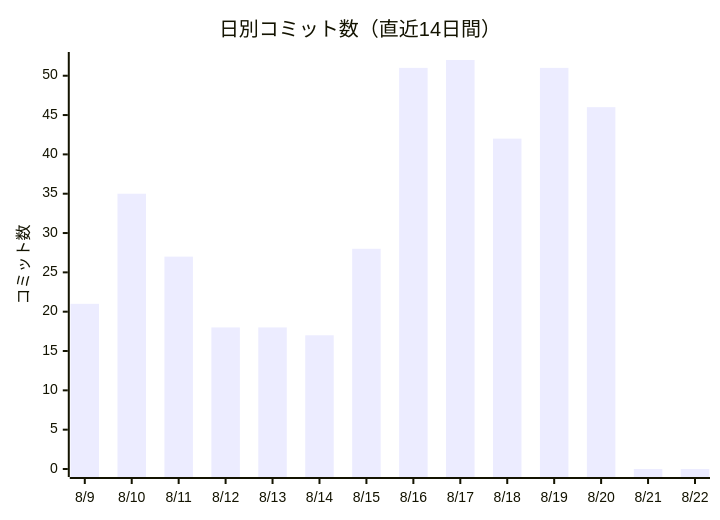
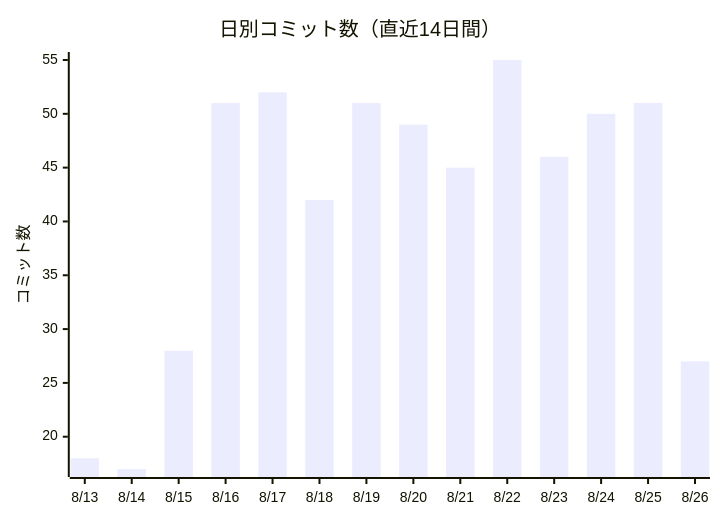
Before and after one commit to non-x2/non-x2: the first of 2 diagrams in docs/進化レポート.md, drawn with Mermaid. The commit also changed other lines of this file and 3 other files, not shown here.

````diff
--- a/docs/進化レポート.md
+++ b/docs/進化レポート.md
@@ -23,7 +23,7 @@
 ```mermaid
 xychart-beta
     title "日別コミット数（直近14日間）"
-    x-axis ["8/9", "8/10", "8/11", "8/12", "8/13", "8/14", "8/15", "8/16", "8/17", "8/18", "8/19", "8/20", "8/21", "8/22"]
+    x-axis ["8/13", "8/14", "8/15", "8/16", "8/17", "8/18", "8/19", "8/20", "8/21", "8/22", "8/23", "8/24", "8/25", "8/26"]
     y-axis "コミット数"
-    bar [21, 35, 27, 18, 18, 17, 28, 51, 52, 42, 51, 46, 0, 0]
+    bar [18, 17, 28, 51, 52, 42, 51, 49, 45, 55, 46, 50, 51, 27]
 ```
````
